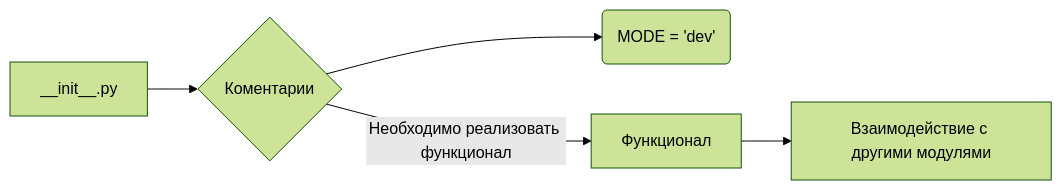
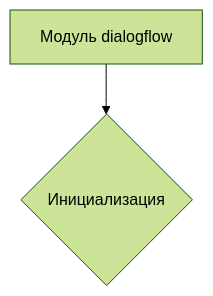
The first of 2 diagrams in docs/gemini/ru/explainer/src/ai/dialogflow/__init__.md (hypo69/hypo), drawn with Mermaid (forest theme) before and after one commit. The commit also changed other lines of this file and 877 other files, not shown here.

````diff
--- a/docs/gemini/ru/explainer/src/ai/dialogflow/__init__.md
+++ b/docs/gemini/ru/explainer/src/ai/dialogflow/__init__.md
@@ -61,7 +52,4 @@
 ```mermaid
-graph LR
-    A[__init__.py] --> B{Коментарии};
-    B --> C(MODE = 'dev');
-    B -- Необходимо реализовать функционал --> D[Функционал];
-    D --> E[Взаимодействие с другими модулями];
+graph TD
+    A[Модуль dialogflow] --> B{Инициализация};
 ```
````
